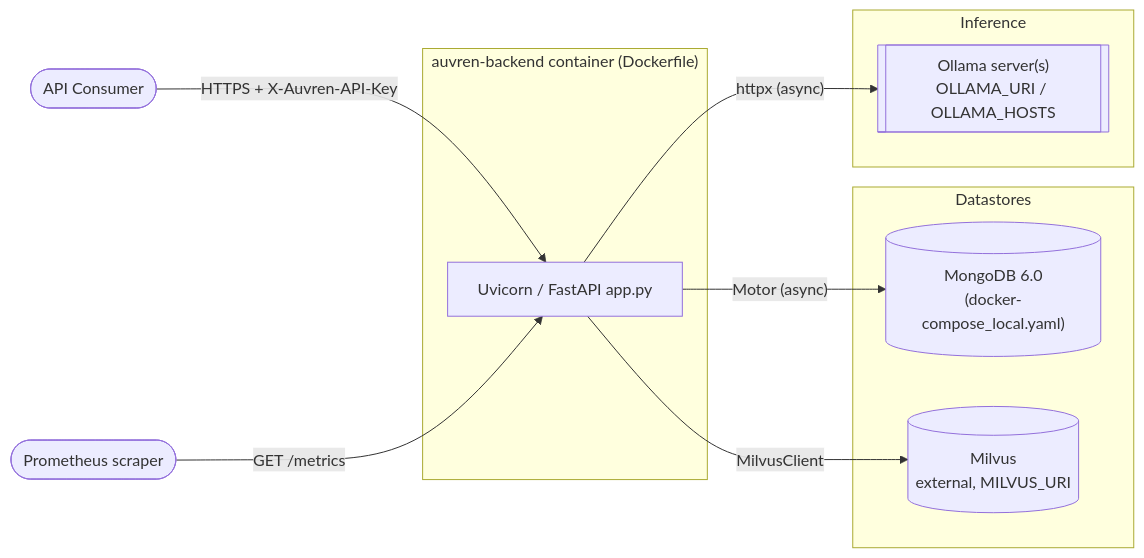
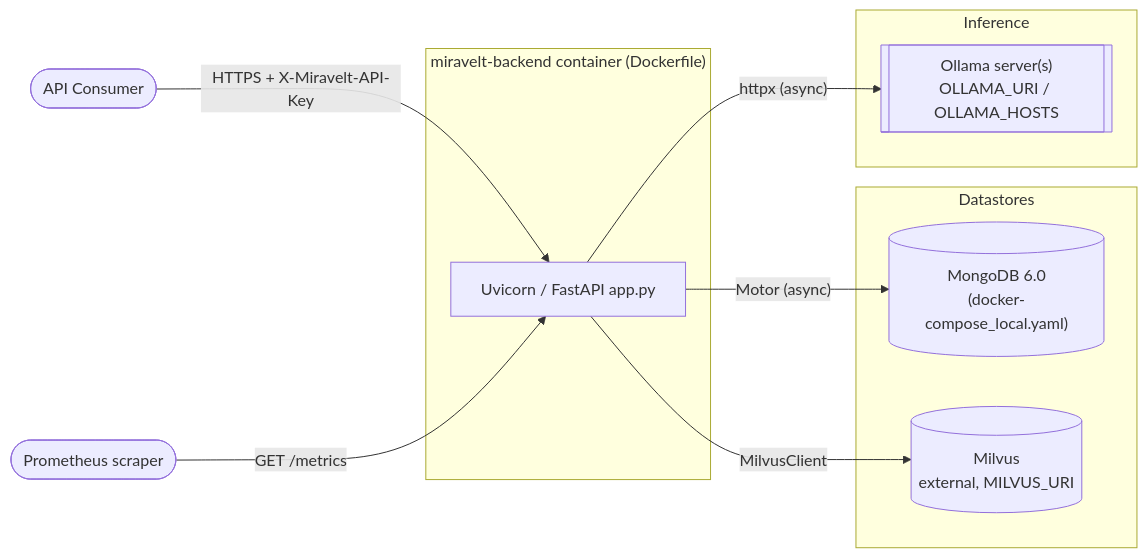
The second of 8 diagrams in docs/01-architecture.md (lokeshramchand-ctrl/miravelt), drawn with Mermaid before and after one commit. The commit also changed other lines of this file and 33 other files, not shown here.

First line of the commit message:
docs: rename Auvren to Miravelt and document the icons and avatars

````diff
--- a/docs/01-architecture.md
+++ b/docs/01-architecture.md
@@ -31,19 +31,19 @@
 ```mermaid
 flowchart LR
-    subgraph Container["auvren-backend container (Dockerfile)"]
+    subgraph Container["miravelt-backend container (Dockerfile)"]
         APP["Uvicorn / FastAPI app.py"]
     end
     subgraph Data["Datastores"]
         Mongo[("MongoDB 6.0<br/>(docker-compose_local.yaml)")]
         Milvus[("Milvus<br/>external, MILVUS_URI")]
     end
     subgraph Inference["Inference"]
         Ollama[["Ollama server(s)<br/>OLLAMA_URI / OLLAMA_HOSTS"]]
     end
 
-    Client(["API Consumer"]) -- "HTTPS + X-Auvren-API-Key" --> APP
+    Client(["API Consumer"]) -- "HTTPS + X-Miravelt-API-Key" --> APP
     APP -- "Motor (async)" --> Mongo
     APP -- "MilvusClient" --> Milvus
     APP -- "httpx (async)" --> Ollama
     Prometheus(["Prometheus scraper"]) -- "GET /metrics" --> APP
 ```
````
